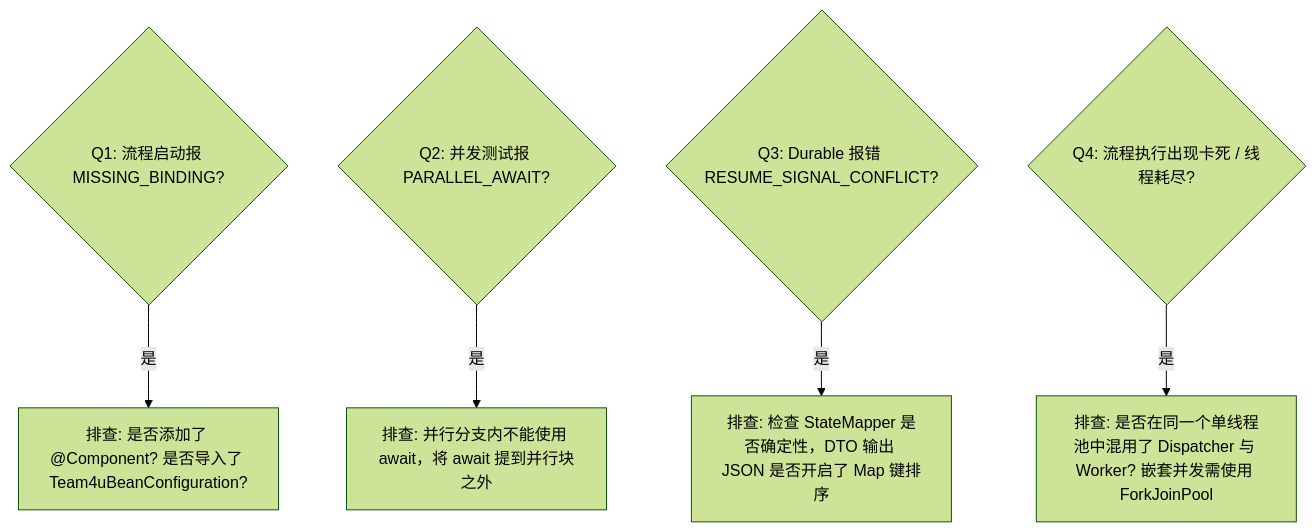
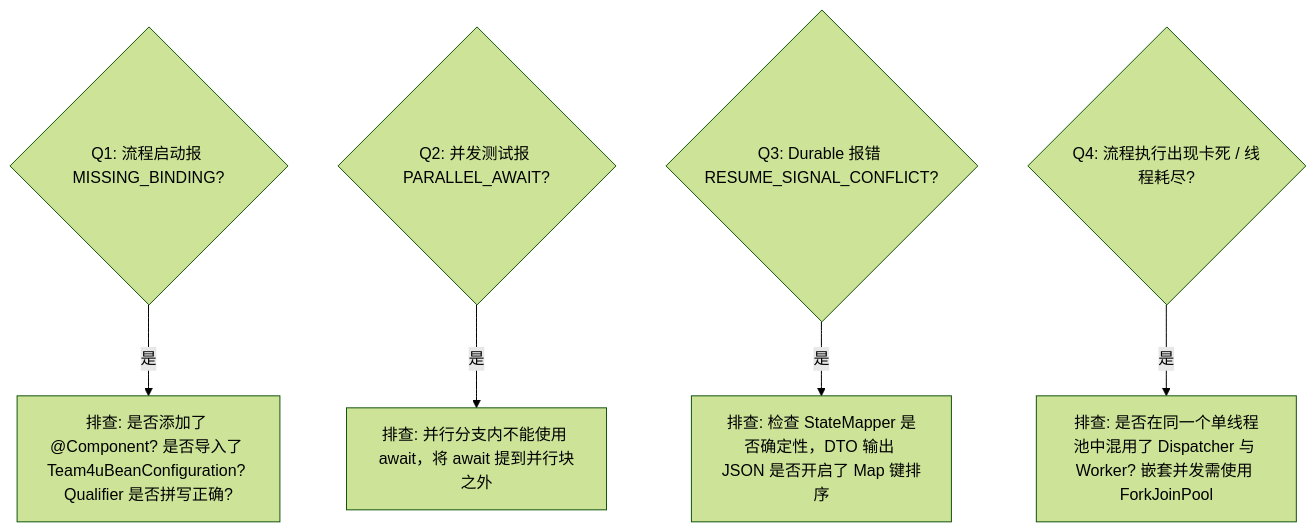
One commit to team4u/team4u-framework changed the second of 2 diagrams in docs/flow/flow-diagnostics.md. Above: the diagram before and after it, drawn with Mermaid (forest theme). The commit also changed other lines of this file and 21 other files, not shown here.

Commit message:
docs(flow): deepen technical documentation across core, governance, durable, and testing

````diff
--- a/docs/flow/flow-diagnostics.md
+++ b/docs/flow/flow-diagnostics.md
@@ -108,14 +115,14 @@
 ```mermaid
 graph TD
     Q1{"Q1: 流程启动报 MISSING_BINDING?"}
-    Q1 -- 是 --> A1["排查: 是否添加了 @Component? 是否导入了 Team4uBeanConfiguration?"]
+    Q1 -- 是 --> A1["排查: 是否添加了 @Component? 是否导入了 Team4uBeanConfiguration? Qualifier 是否拼写正确?"]
     
     Q2{"Q2: 并发测试报 PARALLEL_AWAIT?"}
     Q2 -- 是 --> A2["排查: 并行分支内不能使用 await，将 await 提到并行块之外"]
     
     Q3{"Q3: Durable 报错 RESUME_SIGNAL_CONFLICT?"}
     Q3 -- 是 --> A3["排查: 检查 StateMapper 是否确定性，DTO 输出 JSON 是否开启了 Map 键排序"]
     
     Q4{"Q4: 流程执行出现卡死 / 线程耗尽?"}
     Q4 -- 是 --> A4["排查: 是否在同一个单线程池中混用了 Dispatcher 与 Worker? 嵌套并发需使用 ForkJoinPool"]
 ```
````
